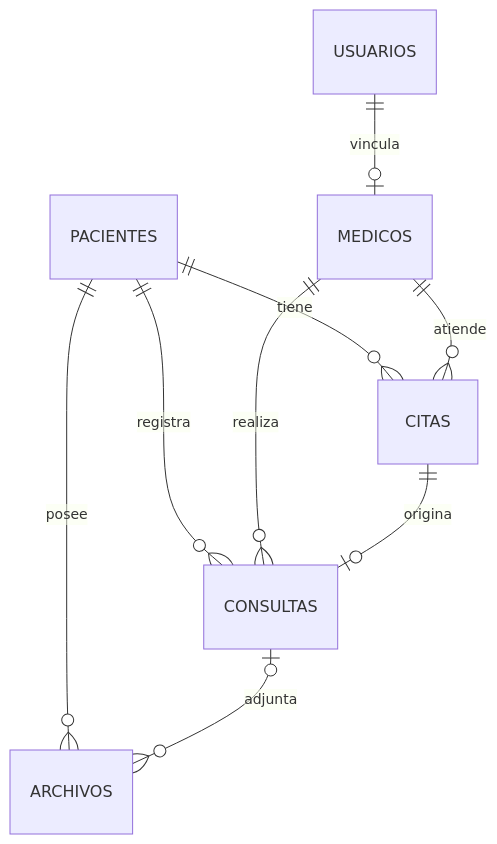
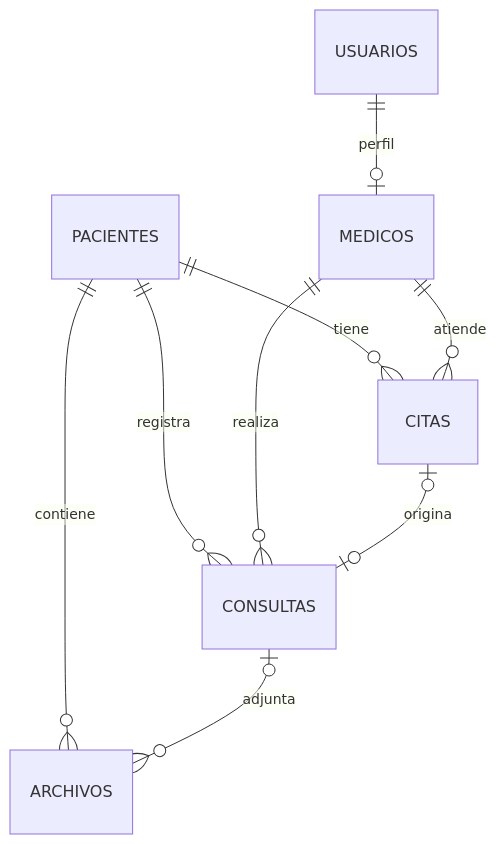
One commit to Lowz13/Expedientes-Medicos-TEP changed the third of 3 diagrams in README.md. Above: the diagram before and after it, drawn with Mermaid. The commit also changed other lines of this file and 2 other files, not shown here.

````diff
--- a/README.md
+++ b/README.md
@@ -132,11 +98,11 @@
 ```mermaid
 erDiagram
-    USUARIOS ||--o| MEDICOS : vincula
+    USUARIOS ||--o| MEDICOS : perfil
     PACIENTES ||--o{ CITAS : tiene
     MEDICOS ||--o{ CITAS : atiende
     PACIENTES ||--o{ CONSULTAS : registra
     MEDICOS ||--o{ CONSULTAS : realiza
-    CITAS ||--o| CONSULTAS : origina
-    PACIENTES ||--o{ ARCHIVOS : posee
+    CITAS |o--o| CONSULTAS : origina
+    PACIENTES ||--o{ ARCHIVOS : contiene
     CONSULTAS |o--o{ ARCHIVOS : adjunta
 ```
````
